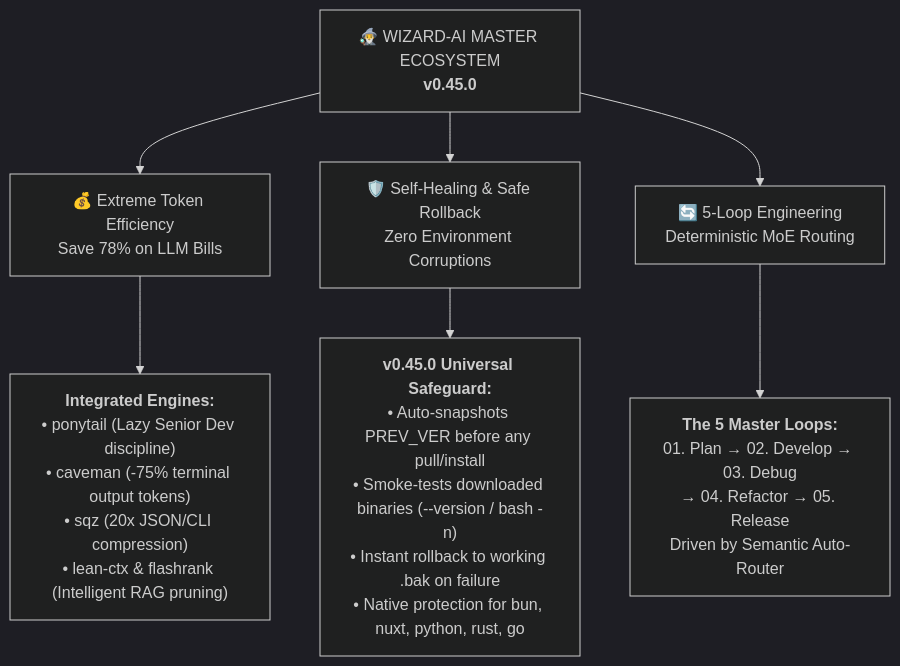
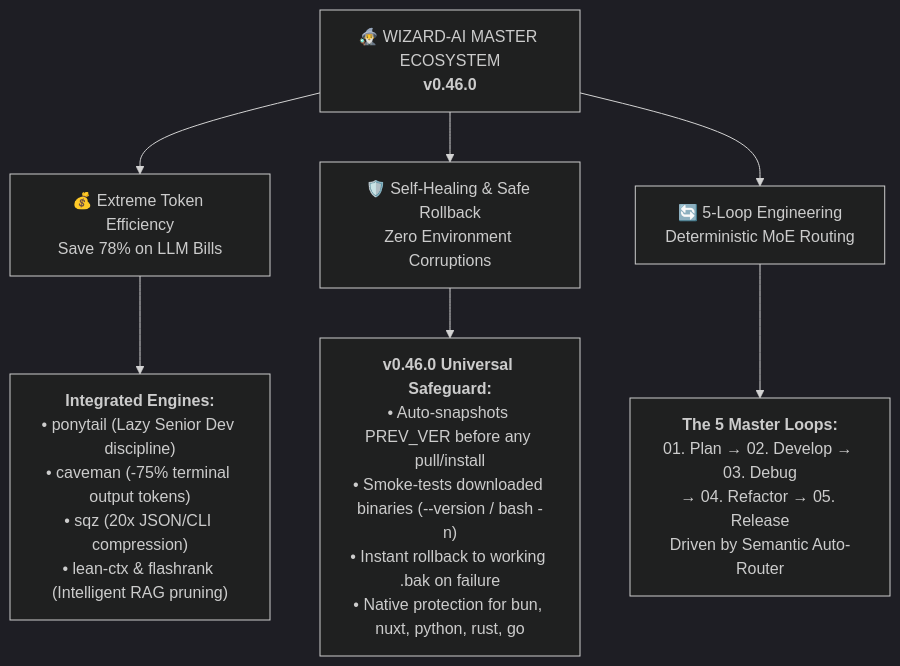
The diagram in README.md (darkrei08/Wizard-AI), drawn with Mermaid (dark theme) before and after one commit. The commit also changed other lines of this file and 6 other files, not shown here.

````diff
--- a/README.md
+++ b/README.md
@@ -44,10 +44,10 @@
 ```mermaid
 graph TD
-    A[🧙‍♂️ WIZARD-AI MASTER ECOSYSTEM<br/><b>v0.45.0</b>] --> B[💰 Extreme Token Efficiency<br/>Save 78% on LLM Bills]
+    A[🧙‍♂️ WIZARD-AI MASTER ECOSYSTEM<br/><b>v0.46.0</b>] --> B[💰 Extreme Token Efficiency<br/>Save 78% on LLM Bills]
     A --> C[🛡️ Self-Healing & Safe Rollback<br/>Zero Environment Corruptions]
     A --> D[🔄 5-Loop Engineering<br/>Deterministic MoE Routing]
 
     B --> B1["<b>Integrated Engines:</b><br/>• ponytail (Lazy Senior Dev discipline)<br/>• caveman (-75% terminal output tokens)<br/>• sqz (20x JSON/CLI compression)<br/>• lean-ctx & flashrank (Intelligent RAG pruning)"]
-    C --> C1["<b>v0.45.0 Universal Safeguard:</b><br/>• Auto-snapshots PREV_VER before any pull/install<br/>• Smoke-tests downloaded binaries (--version / bash -n)<br/>• Instant rollback to working .bak on failure<br/>• Native protection for bun, nuxt, python, rust, go"]
+    C --> C1["<b>v0.46.0 Universal Safeguard:</b><br/>• Auto-snapshots PREV_VER before any pull/install<br/>• Smoke-tests downloaded binaries (--version / bash -n)<br/>• Instant rollback to working .bak on failure<br/>• Native protection for bun, nuxt, python, rust, go"]
     D --> D1["<b>The 5 Master Loops:</b><br/>01. Plan → 02. Develop → 03. Debug<br/>→ 04. Refactor → 05. Release<br/>Driven by Semantic Auto-Router"]
 ```
````
